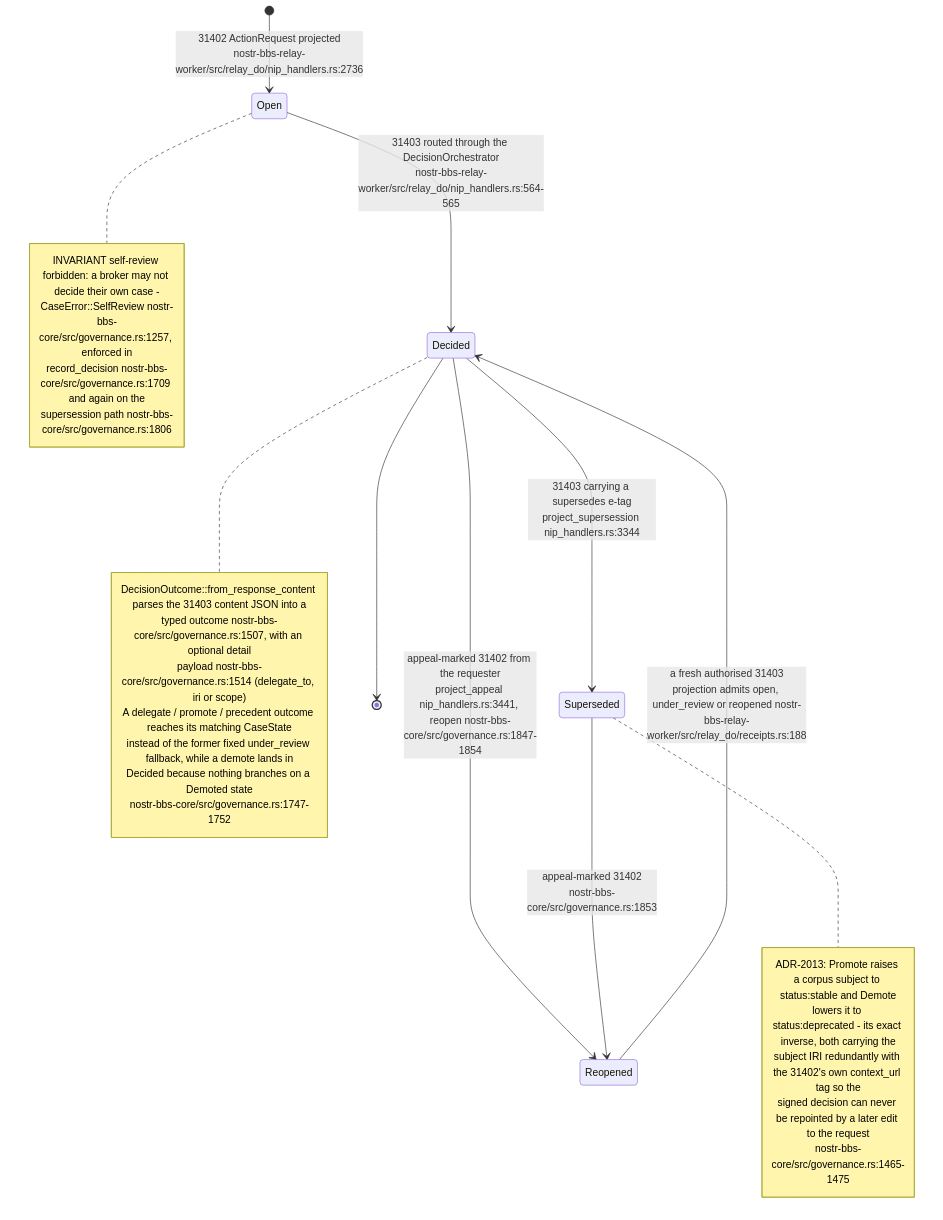
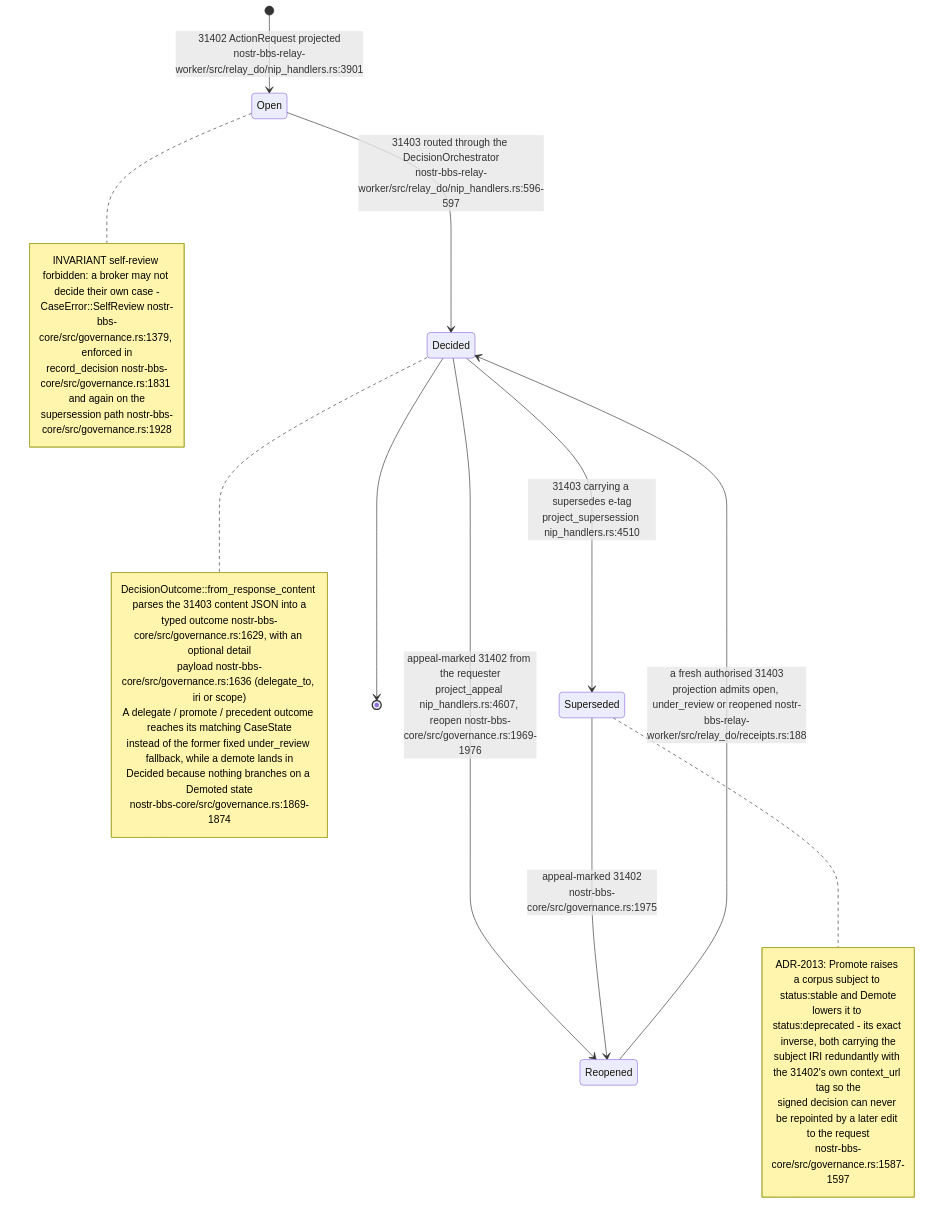
One commit to DreamLab-AI/VisionFlow changed the fifth of 18 diagrams in docs/diagrams/nostr-rust-forum/06-agent-control-surface-31400-31405.md. Above: the diagram before and after it, drawn with Mermaid. The commit also changed other lines of this file, not shown here.

First line of the commit message:
docs(diagrams): NF-06 re-verified at nostr-rust-forum af4f0d5

````diff
--- a/docs/diagrams/nostr-rust-forum/06-agent-control-surface-31400-31405.md
+++ b/docs/diagrams/nostr-rust-forum/06-agent-control-surface-31400-31405.md
@@ -143,33 +143,33 @@
 ```mermaid
 stateDiagram-v2
-    [*] --> Open: 31402 ActionRequest projected<br/>nostr-bbs-relay-worker/src/relay_do/nip_handlers.rs:2736
-    Open --> Decided: 31403 routed through the DecisionOrchestrator<br/>nostr-bbs-relay-worker/src/relay_do/nip_handlers.rs:564-565
-    Decided --> Superseded: 31403 carrying a supersedes e-tag<br/>project_supersession nip_handlers.rs:3344
-    Decided --> Reopened: appeal-marked 31402 from the requester<br/>project_appeal nip_handlers.rs:3441, reopen nostr-bbs-core/src/governance.rs:1847-1854
-    Superseded --> Reopened: appeal-marked 31402<br/>nostr-bbs-core/src/governance.rs:1853
+    [*] --> Open: 31402 ActionRequest projected<br/>nostr-bbs-relay-worker/src/relay_do/nip_handlers.rs:3901
+    Open --> Decided: 31403 routed through the DecisionOrchestrator<br/>nostr-bbs-relay-worker/src/relay_do/nip_handlers.rs:596-597
+    Decided --> Superseded: 31403 carrying a supersedes e-tag<br/>project_supersession nip_handlers.rs:4510
+    Decided --> Reopened: appeal-marked 31402 from the requester<br/>project_appeal nip_handlers.rs:4607, reopen nostr-bbs-core/src/governance.rs:1969-1976
+    Superseded --> Reopened: appeal-marked 31402<br/>nostr-bbs-core/src/governance.rs:1975
     Reopened --> Decided: a fresh authorised 31403<br/>projection admits open, under_review or reopened nostr-bbs-relay-worker/src/relay_do/receipts.rs:188
     Decided --> [*]
 
     note right of Decided
         DecisionOutcome::from_response_content parses the 31403 content JSON into a
-        typed outcome nostr-bbs-core/src/governance.rs:1507, with an optional detail
-        payload nostr-bbs-core/src/governance.rs:1514 (delegate_to, iri or scope)
+        typed outcome nostr-bbs-core/src/governance.rs:1629, with an optional detail
+        payload nostr-bbs-core/src/governance.rs:1636 (delegate_to, iri or scope)
         A delegate / promote / precedent outcome reaches its matching CaseState
         instead of the former fixed under_review fallback, while a demote lands in
         Decided because nothing branches on a Demoted state
-        nostr-bbs-core/src/governance.rs:1747-1752
+        nostr-bbs-core/src/governance.rs:1869-1874
     end note
     note right of Open
         INVARIANT self-review forbidden: a broker may not decide their own case -
-        CaseError::SelfReview nostr-bbs-core/src/governance.rs:1257, enforced in
-        record_decision nostr-bbs-core/src/governance.rs:1709 and again on the
-        supersession path nostr-bbs-core/src/governance.rs:1806
+        CaseError::SelfReview nostr-bbs-core/src/governance.rs:1379, enforced in
+        record_decision nostr-bbs-core/src/governance.rs:1831 and again on the
+        supersession path nostr-bbs-core/src/governance.rs:1928
     end note
     note right of Superseded
         ADR-2013: Promote raises a corpus subject to status:stable and Demote
         lowers it to status:deprecated - its exact inverse, both carrying the
         subject IRI redundantly with the 31402's own context_url tag so the
         signed decision can never be repointed by a later edit to the request
-        nostr-bbs-core/src/governance.rs:1465-1475
+        nostr-bbs-core/src/governance.rs:1587-1597
     end note
 ```
````
